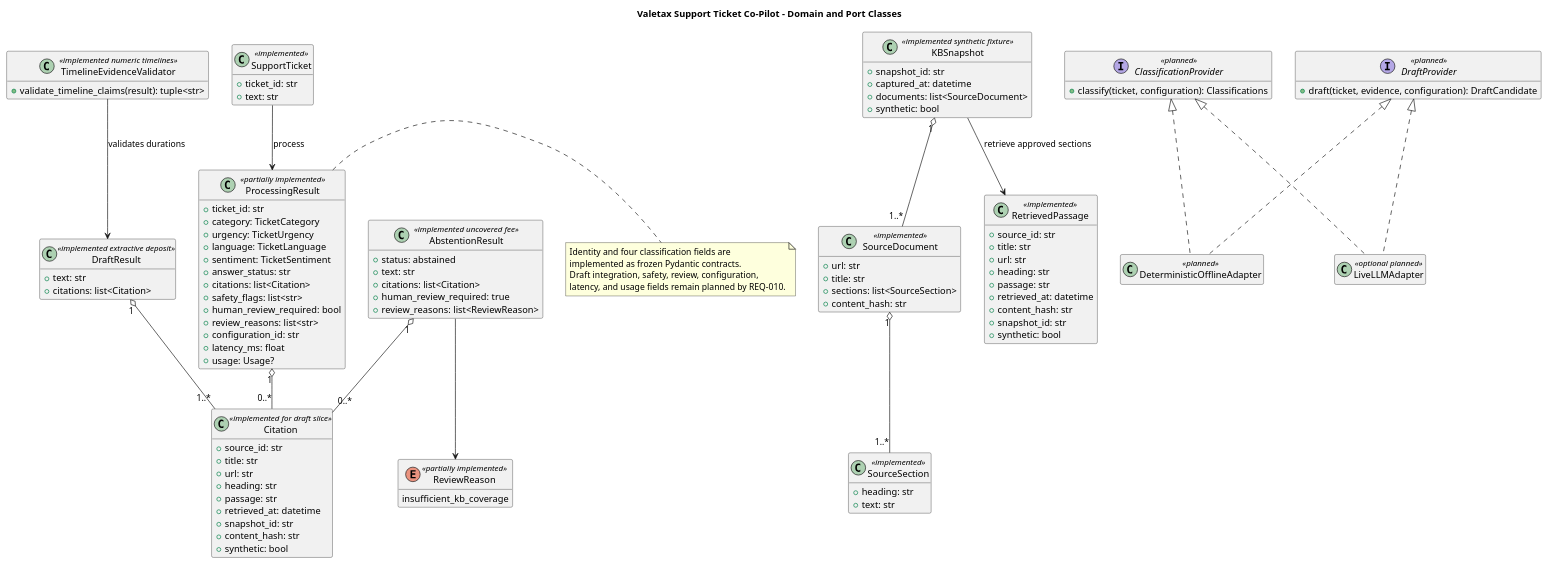
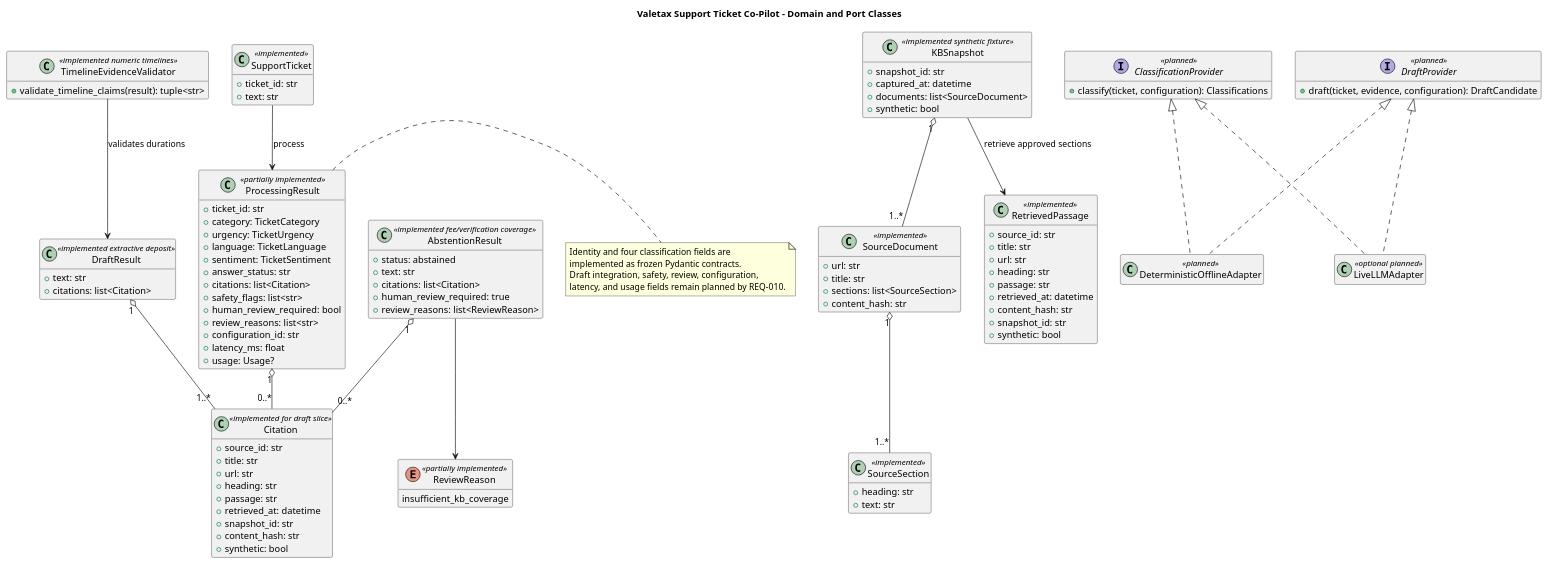
The diagram in doc/uml/domain-class.puml (stoarch/testA2), drawn with PlantUML before and after one commit. The commit also changed 18 other files, not shown here.

```diff
--- a/doc/uml/domain-class.puml
+++ b/doc/uml/domain-class.puml
@@ -1,121 +1,121 @@
 @startuml
 title Valetax Support Ticket Co-Pilot - Domain and Port Classes
 hide empty members
 
 class SupportTicket <<implemented>> {
   +ticket_id: str
   +text: str
 }
 
 class ProcessingResult <<partially implemented>> {
   +ticket_id: str
   +category: TicketCategory
   +urgency: TicketUrgency
   +language: TicketLanguage
   +sentiment: TicketSentiment
   +answer_status: str
   +citations: list<Citation>
   +safety_flags: list<str>
   +human_review_required: bool
   +review_reasons: list<str>
   +configuration_id: str
   +latency_ms: float
   +usage: Usage?
 }
 
 class Citation <<implemented for draft slice>> {
   +source_id: str
   +title: str
   +url: str
   +heading: str
   +passage: str
   +retrieved_at: datetime
   +snapshot_id: str
   +content_hash: str
   +synthetic: bool
 }
 
 class DraftResult <<implemented extractive deposit>> {
   +text: str
   +citations: list<Citation>
 }
 
 class TimelineEvidenceValidator <<implemented numeric timelines>> {
   +validate_timeline_claims(result): tuple<str>
 }
 
-class AbstentionResult <<implemented uncovered fee>> {
+class AbstentionResult <<implemented fee/verification coverage>> {
   +status: abstained
   +text: str
   +citations: list<Citation>
   +human_review_required: true
   +review_reasons: list<ReviewReason>
 }
 
 enum ReviewReason <<partially implemented>> {
   insufficient_kb_coverage
 }
 
 class KBSnapshot <<implemented synthetic fixture>> {
   +snapshot_id: str
   +captured_at: datetime
   +documents: list<SourceDocument>
   +synthetic: bool
 }
 
 class SourceDocument <<implemented>> {
   +url: str
   +title: str
   +sections: list<SourceSection>
   +content_hash: str
 }
 
 class SourceSection <<implemented>> {
   +heading: str
   +text: str
 }
 
 class RetrievedPassage <<implemented>> {
   +source_id: str
   +title: str
   +url: str
   +heading: str
   +passage: str
   +retrieved_at: datetime
   +content_hash: str
   +snapshot_id: str
   +synthetic: bool
 }
 
 interface ClassificationProvider <<planned>> {
   +classify(ticket, configuration): Classifications
 }
 
 interface DraftProvider <<planned>> {
   +draft(ticket, evidence, configuration): DraftCandidate
 }
 
 class DeterministicOfflineAdapter <<planned>>
 class LiveLLMAdapter <<optional planned>>
 
 ProcessingResult "1" o-- "0..*" Citation
 DraftResult "1" o-- "1..*" Citation
 TimelineEvidenceValidator --> DraftResult : validates durations
 AbstentionResult "1" o-- "0..*" Citation
 AbstentionResult --> ReviewReason
 KBSnapshot "1" o-- "1..*" SourceDocument
 SourceDocument "1" o-- "1..*" SourceSection
 KBSnapshot --> RetrievedPassage : retrieve approved sections
 ClassificationProvider <|.. DeterministicOfflineAdapter
 DraftProvider <|.. DeterministicOfflineAdapter
 ClassificationProvider <|.. LiveLLMAdapter
 DraftProvider <|.. LiveLLMAdapter
 SupportTicket --> ProcessingResult : process
 
 note right of ProcessingResult
 Identity and four classification fields are
 implemented as frozen Pydantic contracts.
 Draft integration, safety, review, configuration,
 latency, and usage fields remain planned by REQ-010.
 end note
 @enduml
```
